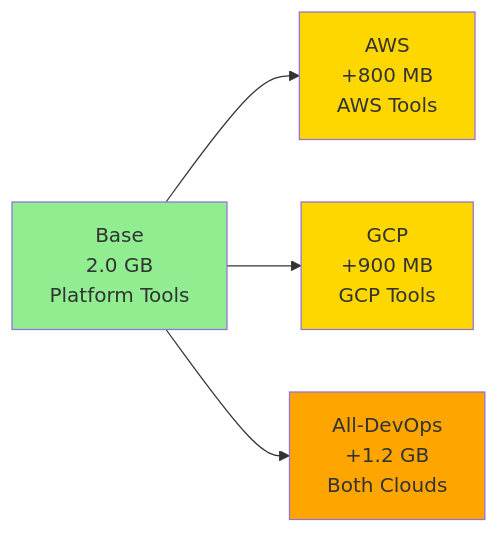
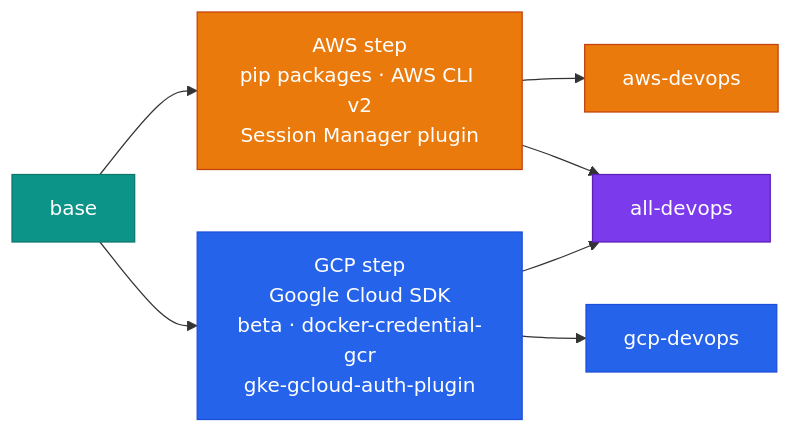
One commit to jinalshah/devops-images changed the first of 2 diagrams in docs/architecture/cloud-layers.md. Above: the diagram before and after it, drawn with Mermaid. The commit also changed other lines of this file and 12 other files, not shown here.

First line of the commit message:
Colourful docs refresh, image fixes and accurate architecture pages

````diff
--- a/docs/architecture/cloud-layers.md
+++ b/docs/architecture/cloud-layers.md
@@ -351,11 +5,18 @@
 ```mermaid
-graph LR
-    A[Base<br/>2.0 GB<br/>Platform Tools] --> B[AWS<br/>+800 MB<br/>AWS Tools]
-    A --> C[GCP<br/>+900 MB<br/>GCP Tools]
-    A --> D[All-DevOps<br/>+1.2 GB<br/>Both Clouds]
+flowchart LR
+  B["base"] --> AWS["AWS step<br/>pip packages · AWS CLI v2<br/>Session Manager plugin"]
+  B --> GCP["GCP step<br/>Google Cloud SDK<br/>beta · docker-credential-gcr<br/>gke-gcloud-auth-plugin"]
+  AWS --> W["aws-devops"]
+  GCP --> G["gcp-devops"]
+  AWS --> A["all-devops"]
+  GCP --> A
 
-    style A fill:#90EE90
-    style B fill:#FFD700
-    style C fill:#FFD700
-    style D fill:#FFA500
+  classDef base fill:#0d9488,stroke:#0f766e,color:#fff
+  classDef all fill:#7c3aed,stroke:#5b21b6,color:#fff
+  classDef aws fill:#ea7a0c,stroke:#c2410c,color:#fff
+  classDef gcp fill:#2563eb,stroke:#1d4ed8,color:#fff
+  class B base
+  class AWS,W aws
+  class GCP,G gcp
+  class A all
 ```
````
